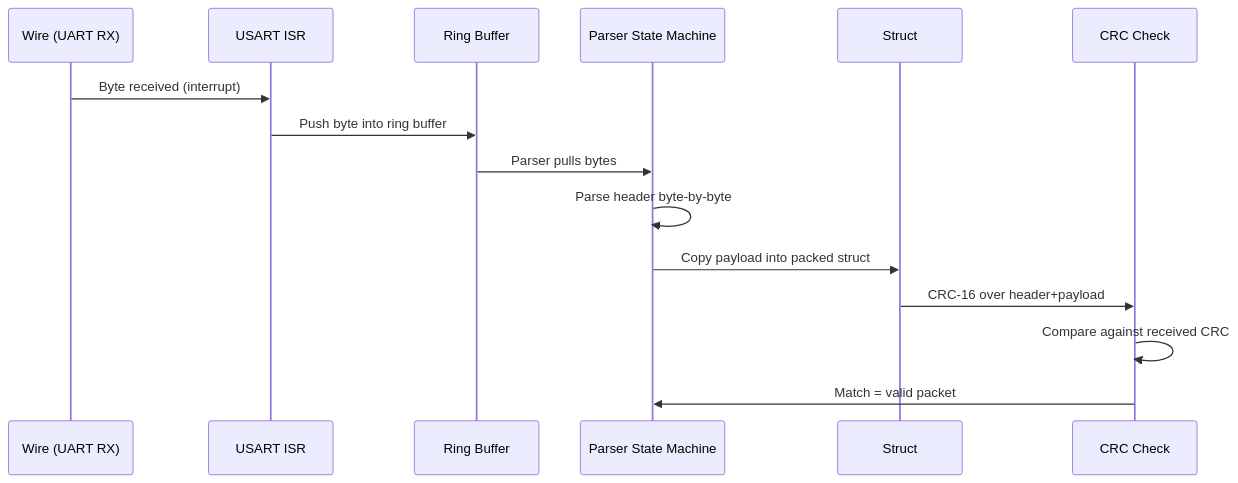
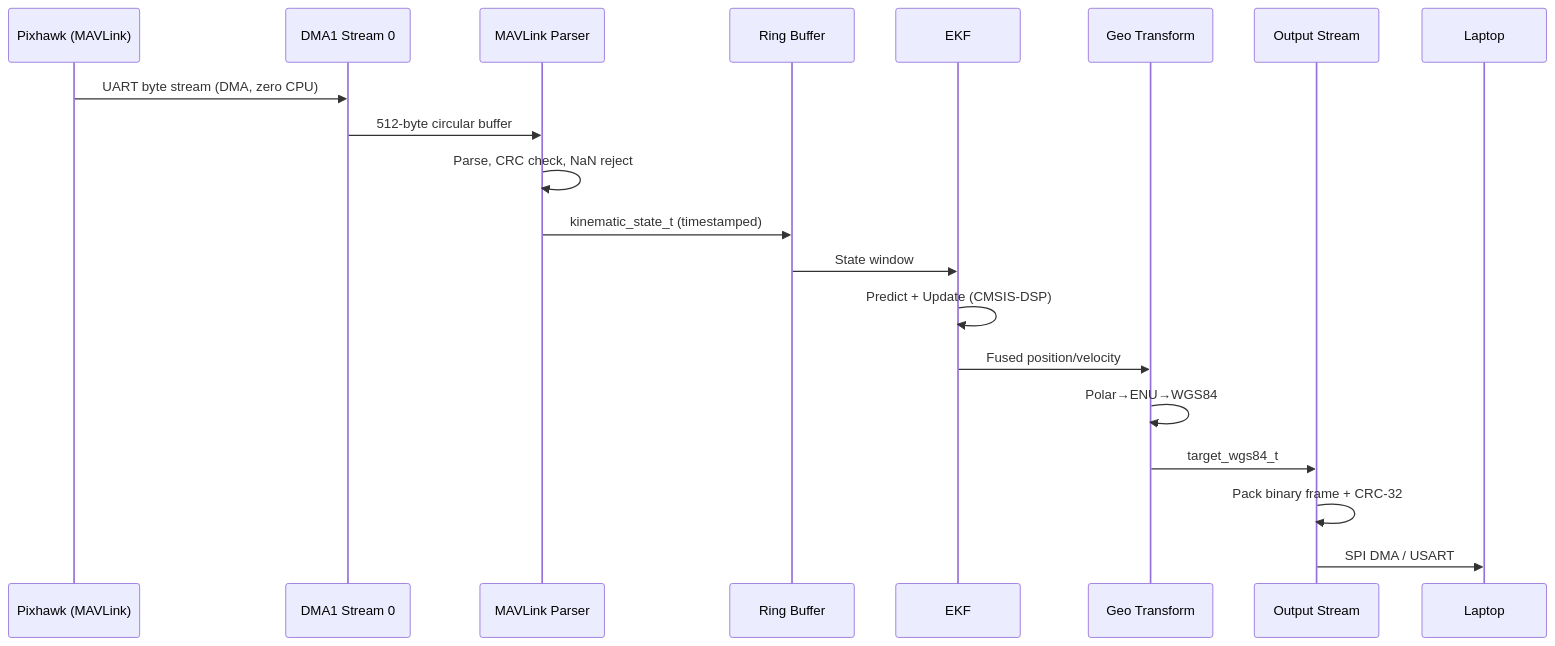
The second of 3 diagrams in docs/protocol.md (Ganeshkumara26/radar-inertial-georeferencer), drawn with Mermaid before and after one commit. The commit also changed other lines of this file and 215 other files, not shown here.

````diff
--- a/docs/protocol.md
+++ b/docs/protocol.md
@@ -55,18 +34,23 @@
 ```mermaid
 sequenceDiagram
-    participant W as Wire (UART RX)
-    participant ISR as USART ISR
-    participant R as Ring Buffer
-    participant P as Parser State Machine
-    participant S as Struct
-    participant C as CRC Check
+    participant FC as Pixhawk (MAVLink)
+    participant DMA as DMA1 Stream 0
+    participant P as MAVLink Parser
+    participant RB as Ring Buffer
+    participant E as EKF
+    participant G as Geo Transform
+    participant O as Output Stream
+    participant L as Laptop
 
-    W->>ISR: Byte received (interrupt)
-    ISR->>R: Push byte into ring buffer
-    R->>P: Parser pulls bytes
-    P->>P: Parse header byte-by-byte
-    P->>S: Copy payload into packed struct
-    S->>C: CRC-16 over header+payload
-    C->>C: Compare against received CRC
-    C->>P: Match = valid packet
+    FC->>DMA: UART byte stream (DMA, zero CPU)
+    DMA->>P: 512-byte circular buffer
+    P->>P: Parse, CRC check, NaN reject
+    P->>RB: kinematic_state_t (timestamped)
+    RB->>E: State window
+    E->>E: Predict + Update (CMSIS-DSP)
+    E->>G: Fused position/velocity
+    G->>G: Polar→ENU→WGS84
+    G->>O: target_wgs84_t
+    O->>O: Pack binary frame + CRC-32
+    O->>L: SPI DMA / USART
 ```
````
